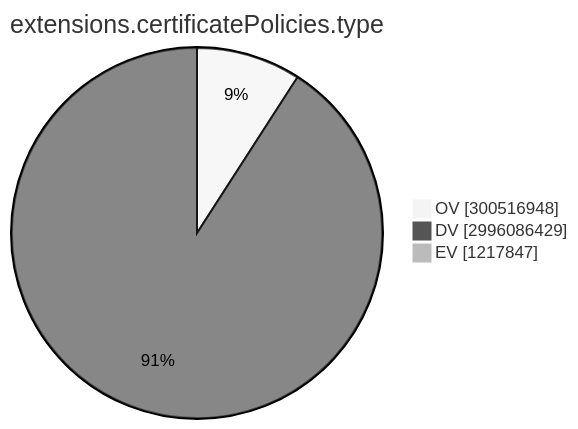
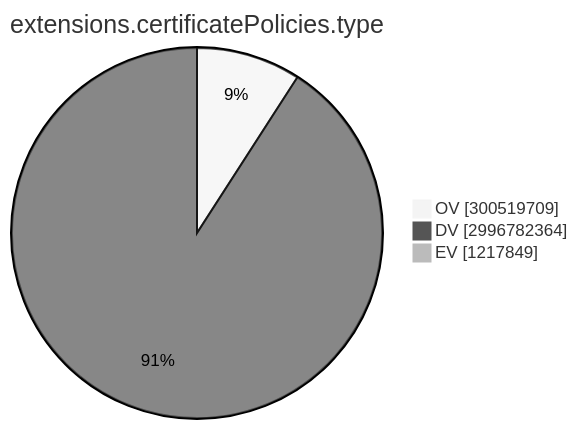
The ninth of 15 diagrams in TOTAL/README.md (christiankrug/ctmonitor_visualization), drawn with Mermaid (neutral theme) before and after one commit. The commit also changed other lines of this file, not shown here.

````diff
--- a/TOTAL/README.md
+++ b/TOTAL/README.md
@@ -3102,7 +3102,7 @@
 ```mermaid
 pie showData
 title extensions.certificatePolicies.type
-"OV" :300516948
-"DV" :2996086429
-"EV" :1217847
+"OV" :300519709
+"DV" :2996782364
+"EV" :1217849
 ```
````
